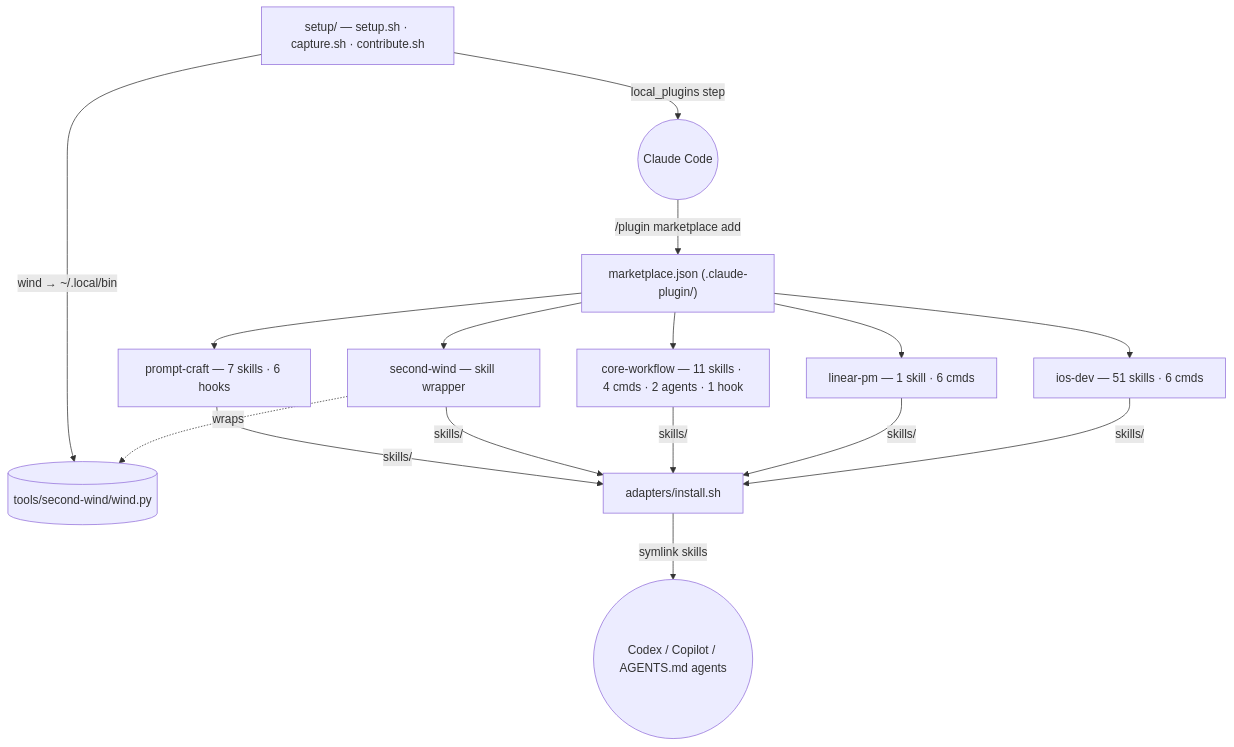
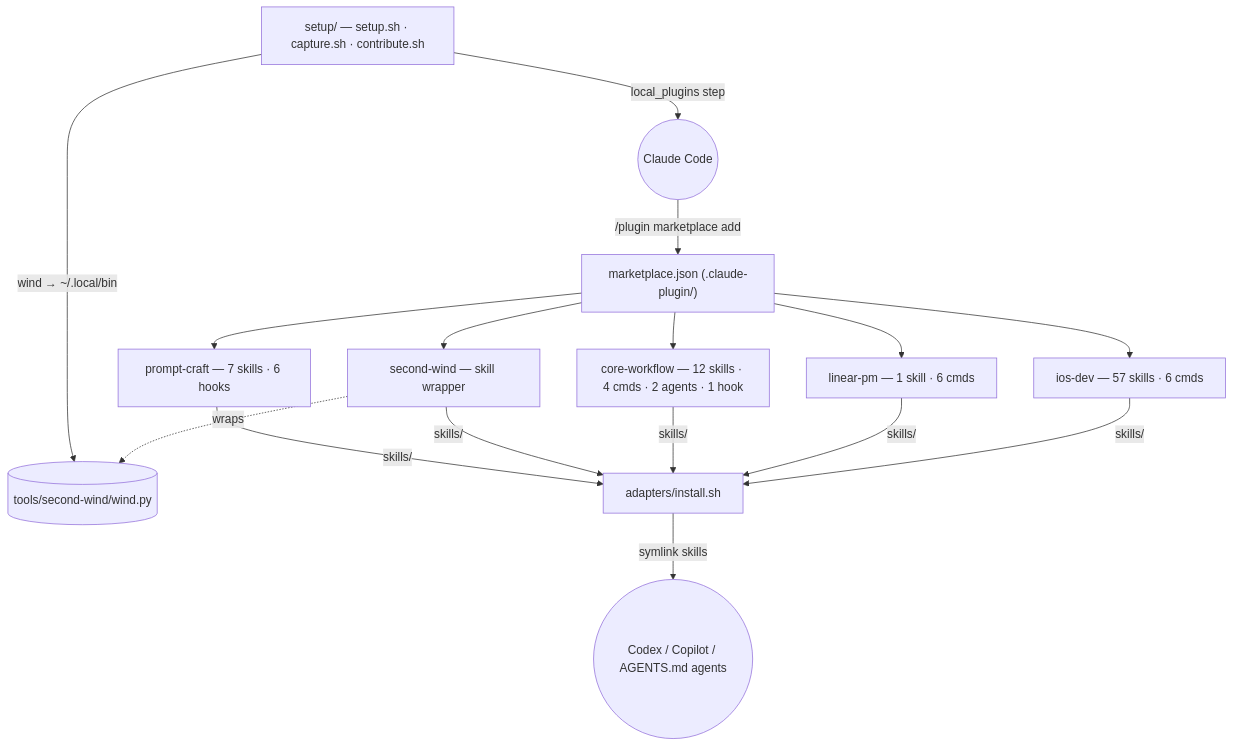
Before and after one commit to abhijitbansal/claude-skills: the diagram in docs/architecture.md, drawn with Mermaid. The commit also changed 36 other files, not shown here.

````diff
--- a/docs/architecture.md
+++ b/docs/architecture.md
@@ -15,22 +15,22 @@
 ```mermaid
 flowchart TD
   MP["marketplace.json (.claude-plugin/)"]
-  IOS["ios-dev — 51 skills · 6 cmds"]
+  IOS["ios-dev — 57 skills · 6 cmds"]
   LIN["linear-pm — 1 skill · 6 cmds"]
-  CW["core-workflow — 11 skills · 4 cmds · 2 agents · 1 hook"]
+  CW["core-workflow — 12 skills · 4 cmds · 2 agents · 1 hook"]
   SW["second-wind — skill wrapper"]
   PC["prompt-craft — 7 skills · 6 hooks"]
   WIND[("tools/second-wind/wind.py")]
   AD["adapters/install.sh"]
   SEED["setup/ — setup.sh · capture.sh · contribute.sh"]
   CC(("Claude Code"))
   OTHER(("Codex / Copilot / AGENTS.md agents"))
 
   MP --> IOS & LIN & CW & SW & PC
   SW -.->|wraps| WIND
   CC -->|"/plugin marketplace add"| MP
   SEED -->|local_plugins step| CC
   SEED -->|"wind → ~/.local/bin"| WIND
   AD -->|symlink skills| OTHER
   IOS & LIN & CW & SW & PC -->|skills/| AD
 ```
````
